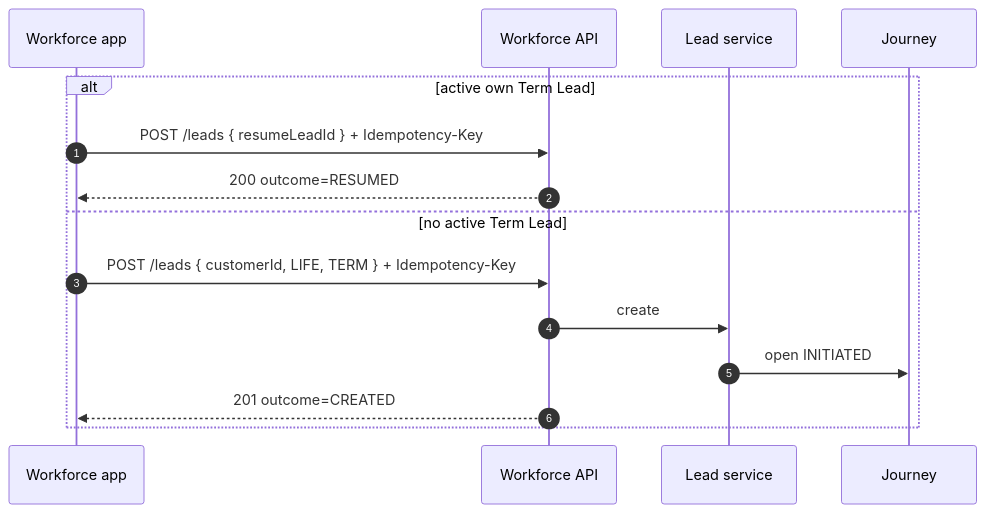
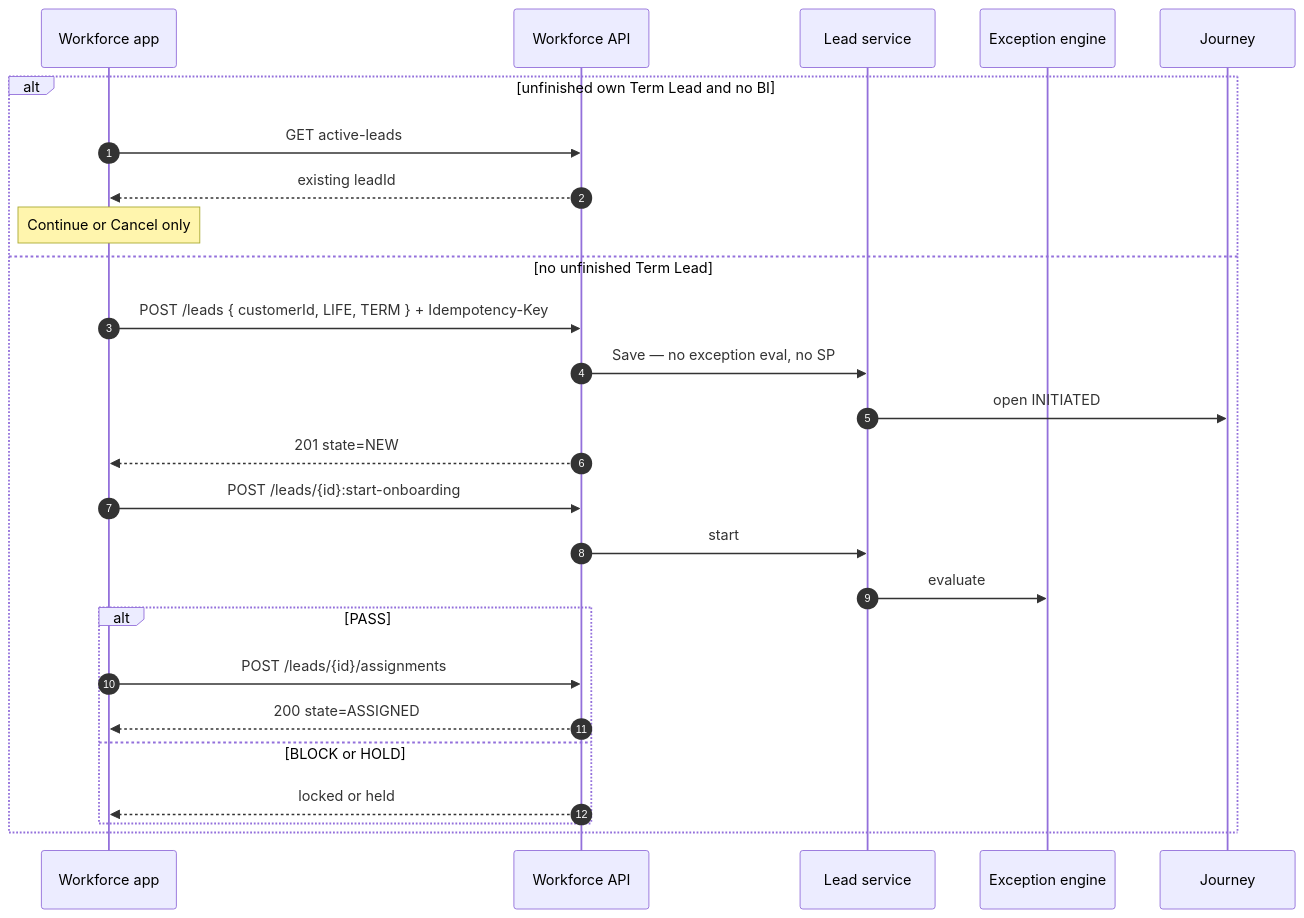
Before and after one commit to Mahesh38/bank-insurance-platform: the fourth of 4 diagrams in handoff/confluence/Lead-Management-Build-Specification.md, drawn with Mermaid. The commit also changed other lines of this file and 1 other file, not shown here.

First line of the commit message:
Refresh vendor Lead Confluence spec for BRD-wins sequence

````diff
--- a/handoff/confluence/Lead-Management-Build-Specification.md
+++ b/handoff/confluence/Lead-Management-Build-Specification.md
@@ -1118,18 +1211,29 @@
 ```mermaid
 sequenceDiagram
     autonumber
     participant App as Workforce app
     participant API as Workforce API
     participant Lead as Lead service
+    participant Val as Exception engine
     participant Jrn as Journey
 
-    alt active own Term Lead
-        App->>API: POST /leads { resumeLeadId } + Idempotency-Key
-        API-->>App: 200 outcome=RESUMED
-    else no active Term Lead
+    alt unfinished own Term Lead and no BI
+        App->>API: GET active-leads
+        API-->>App: existing leadId
+        Note over App: Continue or Cancel only
+    else no unfinished Term Lead
         App->>API: POST /leads { customerId, LIFE, TERM } + Idempotency-Key
-        API->>Lead: create
+        API->>Lead: Save — no exception eval, no SP
         Lead->>Jrn: open INITIATED
-        API-->>App: 201 outcome=CREATED
+        API-->>App: 201 state=NEW
+        App->>API: POST /leads/{id}:start-onboarding
+        API->>Lead: start
+        Lead->>Val: evaluate
+        alt PASS
+            App->>API: POST /leads/{id}/assignments
+            API-->>App: 200 state=ASSIGNED
+        else BLOCK or HOLD
+            API-->>App: locked or held
+        end
     end
 ```
````
